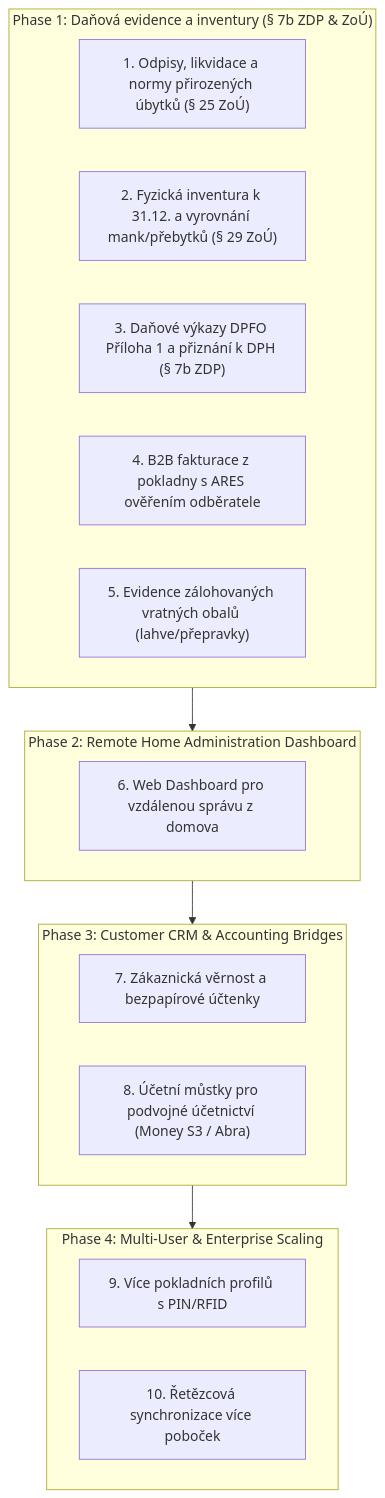
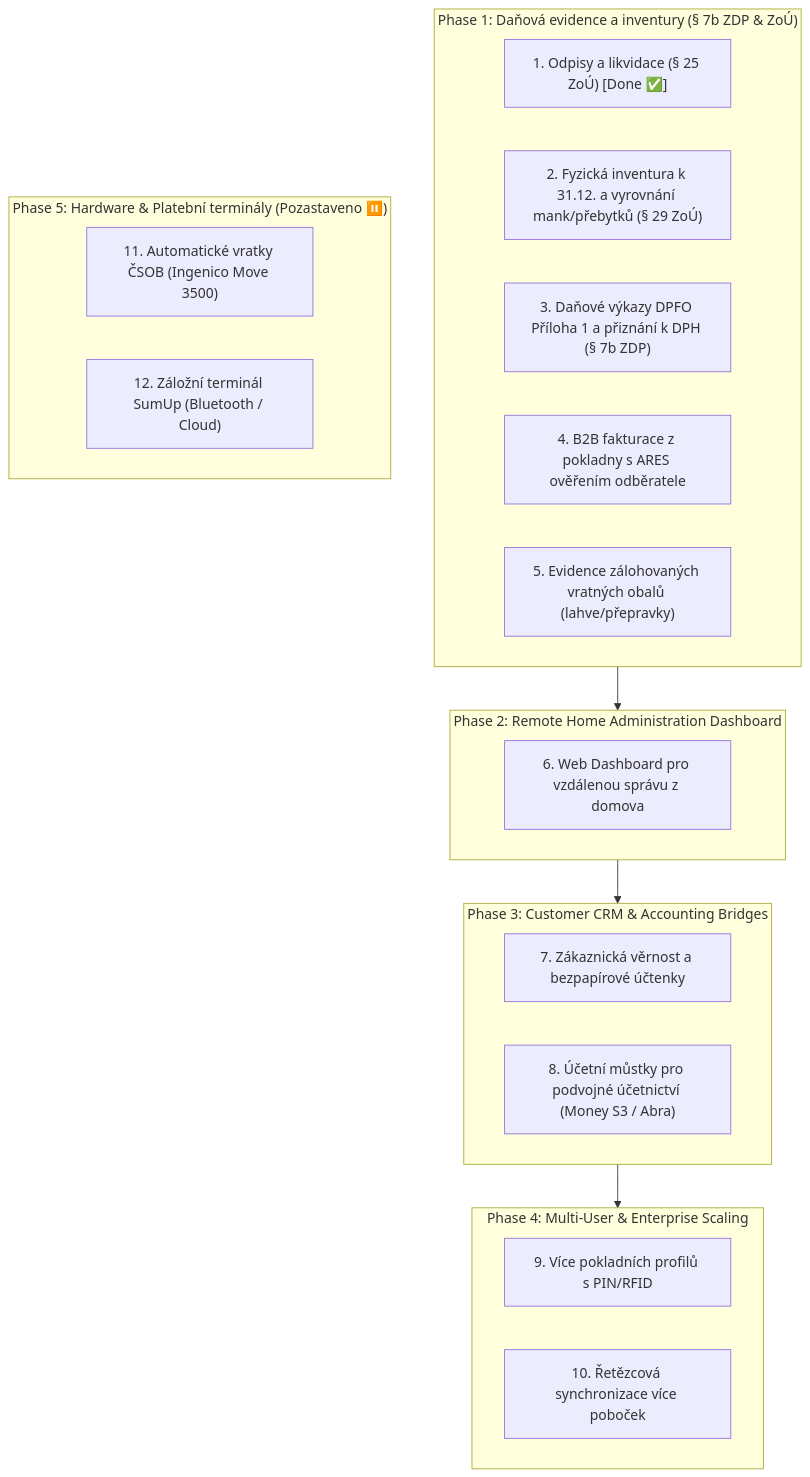
Before and after one commit to MichalKhoa/pos-project: the second of 2 diagrams in docs/ROADMAP.md, drawn with Mermaid. The commit also changed other lines of this file, not shown here.

Commit message:
docs(roadmap): move ČSOB refunds and SumUp to Phase 5 backlog due to hardware limits

````diff
--- a/docs/ROADMAP.md
+++ b/docs/ROADMAP.md
@@ -56,28 +59,33 @@
 ```mermaid
 flowchart TD
     subgraph Phase1["Phase 1: Daňová evidence a inventury (§ 7b ZDP & ZoÚ)"]
-        P1["1. Odpisy, likvidace a normy přirozených úbytků (§ 25 ZoÚ)"]
+        P1["1. Odpisy a likvidace (§ 25 ZoÚ) [Done ✅]"]
         P2["2. Fyzická inventura k 31.12. a vyrovnání mank/přebytků (§ 29 ZoÚ)"]
         P3["3. Daňové výkazy DPFO Příloha 1 a přiznání k DPH (§ 7b ZDP)"]
         P4["4. B2B fakturace z pokladny s ARES ověřením odběratele"]
         P5["5. Evidence zálohovaných vratných obalů (lahve/přepravky)"]
     end
 
     subgraph Phase2["Phase 2: Remote Home Administration Dashboard"]
         P6["6. Web Dashboard pro vzdálenou správu z domova"]
     end
 
     subgraph Phase3["Phase 3: Customer CRM & Accounting Bridges"]
         P7["7. Zákaznická věrnost a bezpapírové účtenky"]
         P8["8. Účetní můstky pro podvojné účetnictví (Money S3 / Abra)"]
     end
 
     subgraph Phase4["Phase 4: Multi-User & Enterprise Scaling"]
         P9["9. Více pokladních profilů s PIN/RFID"]
         P10["10. Řetězcová synchronizace více poboček"]
     end
 
+    subgraph Phase5["Phase 5: Hardware & Platební terminály (Pozastaveno ⏸️)"]
+        P11["11. Automatické vratky ČSOB (Ingenico Move 3500)"]
+        P12["12. Záložní terminál SumUp (Bluetooth / Cloud)"]
+    end
+
     Phase1 --> Phase2
     Phase2 --> Phase3
     Phase3 --> Phase4
 ```
````
